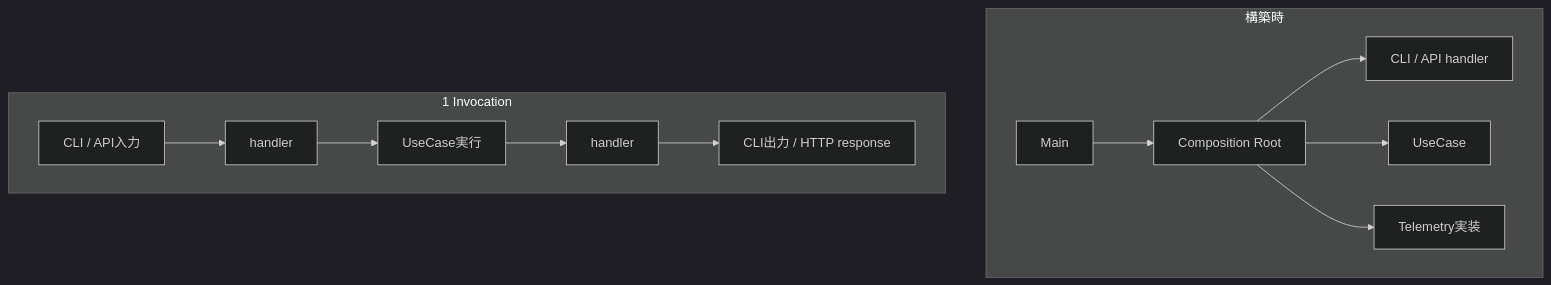
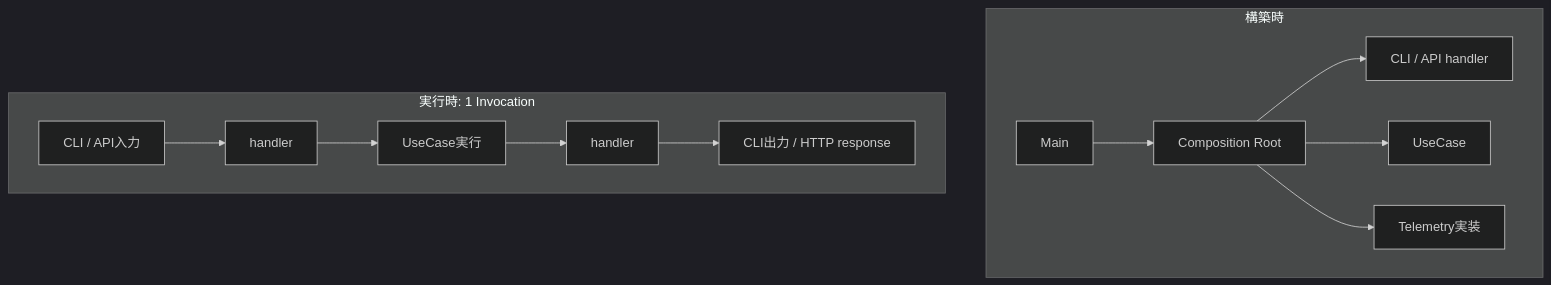
The second of 2 diagrams in Notes/RAGScope/RAGScopeアプリケーション/RS-0023 Observability設計メモ.md (takashit16833/Workbench), drawn with Mermaid (dark theme) before and after one commit. The commit also changed other lines of this file and 3 other files, not shown here.

````diff
--- a/Notes/RAGScope/RAGScopeアプリケーション/RS-0023 Observability設計メモ.md
+++ b/Notes/RAGScope/RAGScopeアプリケーション/RS-0023 Observability設計メモ.md
@@ -70,16 +85,16 @@
 ```mermaid
 flowchart TB
     subgraph BUILD["構築時"]
         MAIN["Main"] --> CR["Composition Root"]
         CR --> HDEF["CLI / API handler"]
         CR --> UCDEF["UseCase"]
         CR --> TEL["Telemetry実装"]
     end
 
-    subgraph RUN["1 Invocation"]
+    subgraph RUN["実行時: 1 Invocation"]
         INPUT["CLI / API入力"] --> H1["handler"]
         H1 --> UC["UseCase実行"]
         UC --> H2["handler"]
         H2 --> OUTPUT["CLI出力 / HTTP response"]
     end
 ```
````
